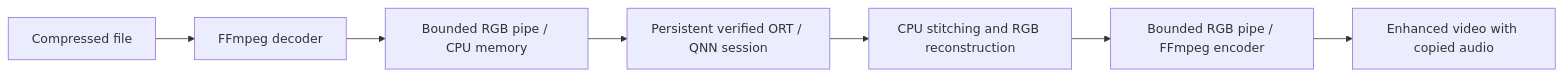
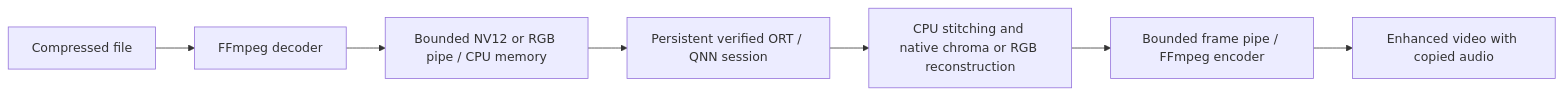
Before and after one commit to AKMessi/npu-sr: the diagram in docs/video-pipeline.md, drawn with Mermaid. The commit also changed other lines of this file and 20 other files, not shown here.

````diff
--- a/docs/video-pipeline.md
+++ b/docs/video-pipeline.md
@@ -3,9 +3,9 @@
 ```mermaid
 flowchart LR
     I[Compressed file] --> D[FFmpeg decoder]
-    D --> P[Bounded RGB pipe / CPU memory]
+    D --> P[Bounded NV12 or RGB pipe / CPU memory]
     P --> R[Persistent verified ORT / QNN session]
-    R --> S[CPU stitching and RGB reconstruction]
-    S --> E[Bounded RGB pipe / FFmpeg encoder]
+    R --> S[CPU stitching and native chroma or RGB reconstruction]
+    S --> E[Bounded frame pipe / FFmpeg encoder]
     E --> O[Enhanced video with copied audio]
 ```
````
